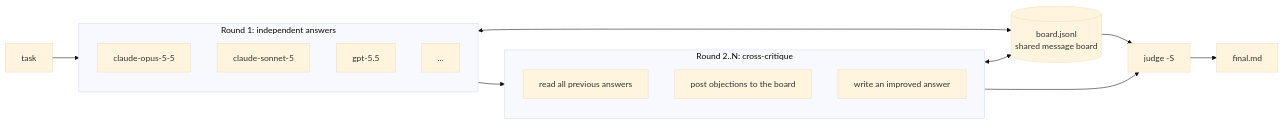
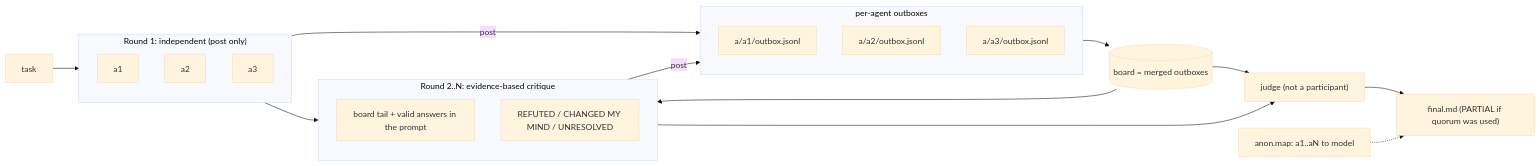
The diagram in README.md (gon7187/agent-swarm), drawn with Mermaid (base theme) before and after one commit. The commit also changed other lines of this file and 4 other files, not shown here.

First line of the commit message:
Docs for v0.3.0: safe rw, outboxes, anonymization, quorum, judge rerun

````diff
--- a/README.md
+++ b/README.md
@@ -15,27 +15,32 @@
 ```mermaid
 flowchart LR
     T[task] --> R1
 
-    subgraph R1[Round 1: independent answers]
-        A1[claude-opus-5-5]
-        A2[claude-sonnet-5]
-        A3[gpt-5.5]
-        A4[...]
+    subgraph R1["Round 1: independent (post only)"]
+        A1[a1]
+        A2[a2]
+        A3[a3]
     end
 
-    B[(board.jsonl<br/>shared message board)]
-    R1 <--> B
+    subgraph OB[per-agent outboxes]
+        O1["a/a1/outbox.jsonl"]
+        O2["a/a2/outbox.jsonl"]
+        O3["a/a3/outbox.jsonl"]
+    end
+
+    R1 -- post --> OB
+    OB --> B[(board = merged outboxes)]
 
     R1 --> R2
-
-    subgraph R2[Round 2..N: cross-critique]
-        C1[read all previous answers]
-        C2[post objections to the board]
-        C3[write an improved answer]
+    subgraph R2["Round 2..N: evidence-based critique"]
+        C1[board tail + valid answers in the prompt]
+        C2[REFUTED / CHANGED MY MIND / UNRESOLVED]
     end
 
-    R2 <--> B
-    R2 --> J[judge -S]
+    B --> R2
+    R2 -- post --> OB
+    R2 --> J["judge (not a participant)"]
     B --> J
-    J --> F[final.md]
+    J --> F["final.md (PARTIAL if quorum was used)"]
+    M[anon.map: a1..aN to model] -.-> F
 ```
````
